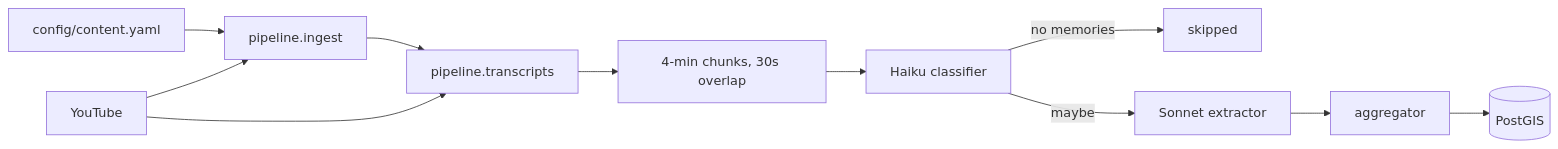
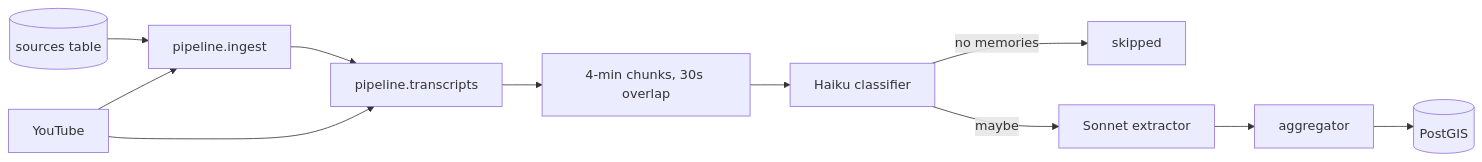
One commit to linusaxel/memory-lane changed the first of 2 diagrams in docs/architecture.md. Above: the diagram before and after it, drawn with Mermaid. The commit also changed other lines of this file and 18 other files, not shown here.

First line of the commit message:
Sources are rows with a status: a table replaces content.yaml, with discover, screen and yield

````diff
--- a/docs/architecture.md
+++ b/docs/architecture.md
@@ -25,13 +25,13 @@
 ```mermaid
 flowchart LR
-  yaml[config/content.yaml] --> ingest[pipeline.ingest]
+  sources[(sources table)] --> ingest[pipeline.ingest]
   yt[YouTube] --> ingest
   ingest --> tr[pipeline.transcripts]
   yt --> tr
   tr --> chunks[4-min chunks, 30s overlap]
   chunks --> haiku[Haiku classifier]
   haiku -- no memories --> skip[skipped]
   haiku -- maybe --> sonnet[Sonnet extractor]
   sonnet --> agg[aggregator]
   agg --> db[(PostGIS)]
 ```
````
